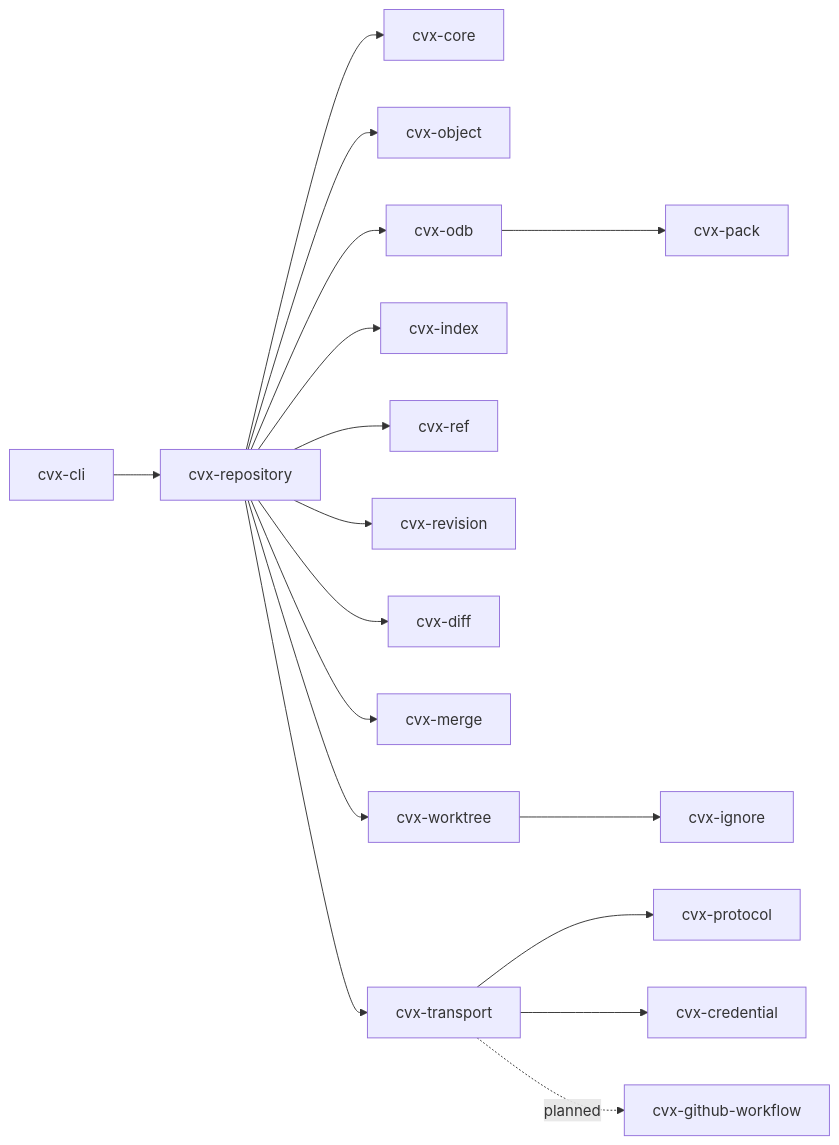
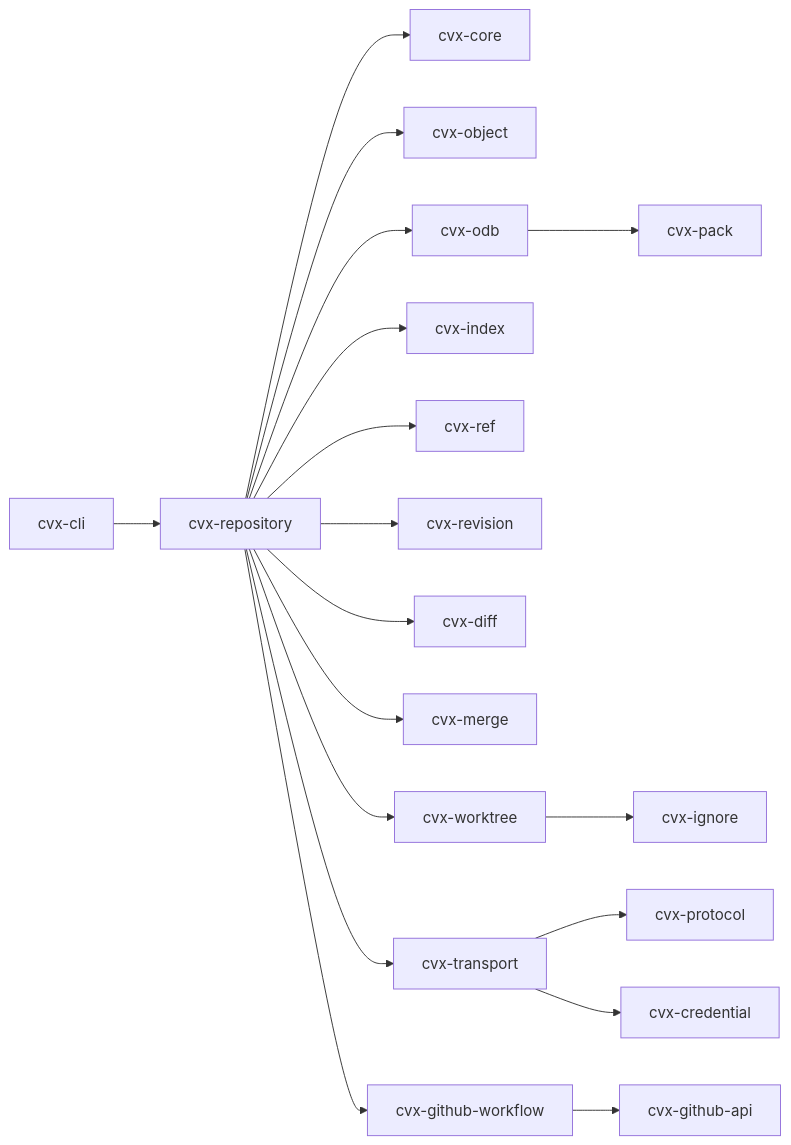
One commit to marcosgabrielgomes110-collab/cvx changed the diagram in README.md. Above: the diagram before and after it, drawn with Mermaid. The commit also changed other lines of this file and 22 other files, not shown here.

First line of the commit message:
feat: add GitHub workflows and release 0.2.0

````diff
--- a/README.md
+++ b/README.md
@@ -107,19 +111,20 @@
 ```mermaid
 flowchart LR
     CLI["cvx-cli"] --> Repo["cvx-repository"]
     Repo --> Core["cvx-core"]
     Repo --> Object["cvx-object"]
     Repo --> ODB["cvx-odb"]
     Repo --> Index["cvx-index"]
     Repo --> Refs["cvx-ref"]
     Repo --> Revision["cvx-revision"]
     Repo --> Diff["cvx-diff"]
     Repo --> Merge["cvx-merge"]
     Repo --> Worktree["cvx-worktree"]
     ODB --> Pack["cvx-pack"]
     Worktree --> Ignore["cvx-ignore"]
     Repo --> Transport["cvx-transport"]
     Transport --> Protocol["cvx-protocol"]
     Transport --> Credential["cvx-credential"]
-    Transport -. planned .-> GitHub["cvx-github-workflow"]
+    Repo --> GitHub["cvx-github-workflow"]
+    GitHub --> API["cvx-github-api"]
 ```
````
